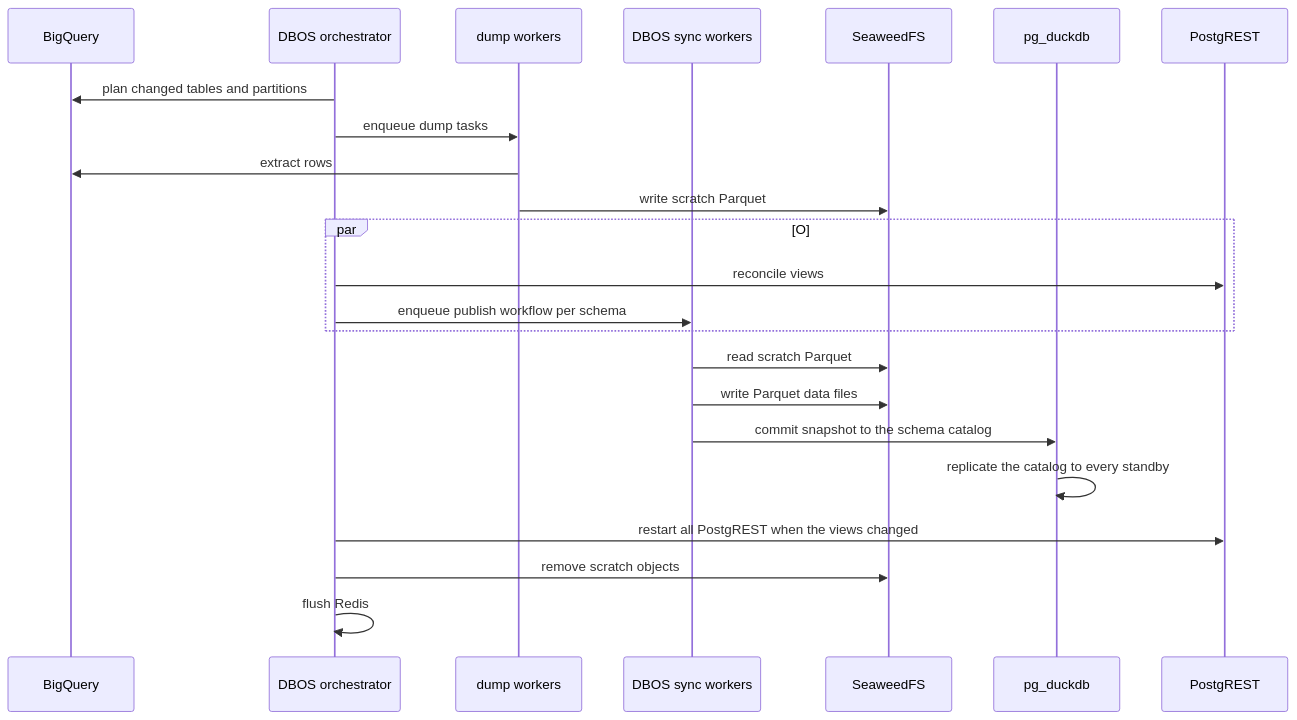
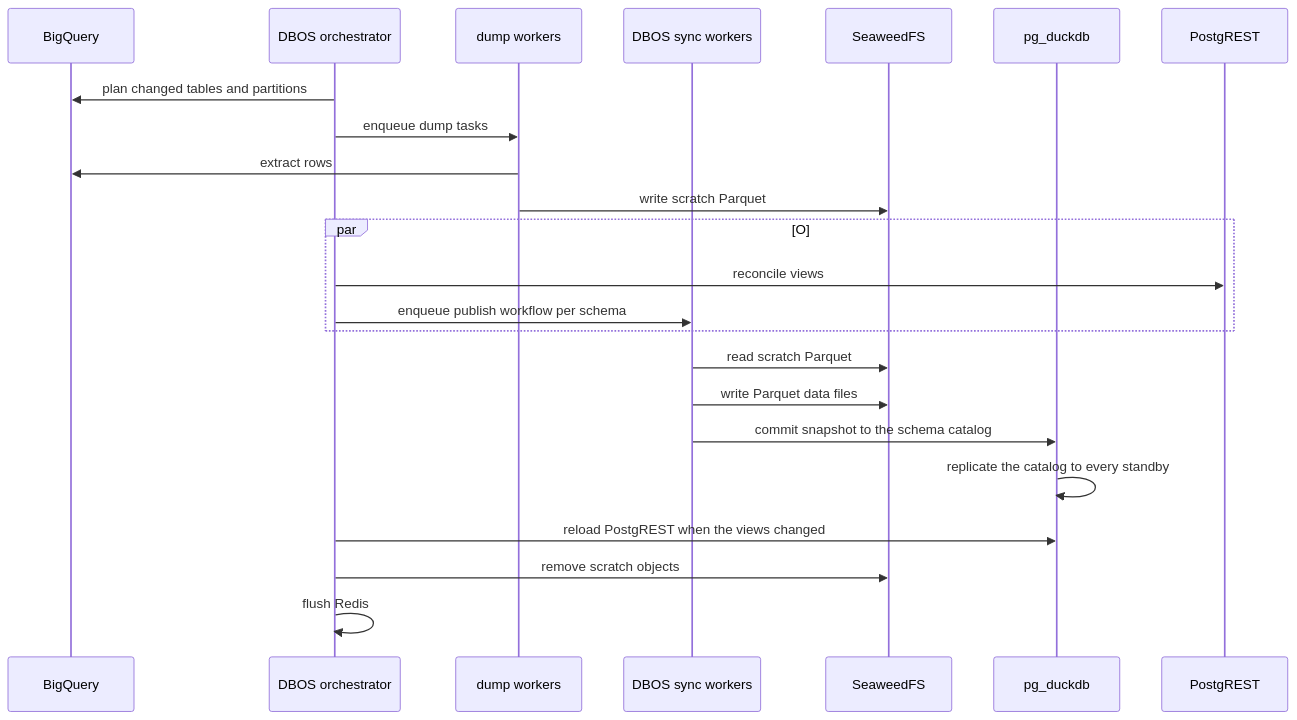
The first of 2 diagrams in docs/architecture.md (prefeitura-rio/data-proxy), drawn with Mermaid before and after one commit. The commit also changed other lines of this file and 35 other files, not shown here.

````diff
--- a/docs/architecture.md
+++ b/docs/architecture.md
@@ -65,26 +65,26 @@
 ```mermaid
 sequenceDiagram
     participant BQ as BigQuery
     participant O as DBOS orchestrator
     participant D as dump workers
     participant P as DBOS sync workers
     participant S3 as SeaweedFS
     participant PG as pg_duckdb
     participant API as PostgREST
 
     O->>BQ: plan changed tables and partitions
     O->>D: enqueue dump tasks
     D->>BQ: extract rows
     D->>S3: write scratch Parquet
     par O
         O->>API: reconcile views
         O->>P: enqueue publish workflow per schema
     end
     P->>S3: read scratch Parquet
     P->>S3: write Parquet data files
     P->>PG: commit snapshot to the schema catalog
     PG->>PG: replicate the catalog to every standby
-    O->>API: restart all PostgREST when the views changed
+    O->>PG: reload PostgREST when the views changed
     O->>S3: remove scratch objects
     O->>O: flush Redis
 ```
````
